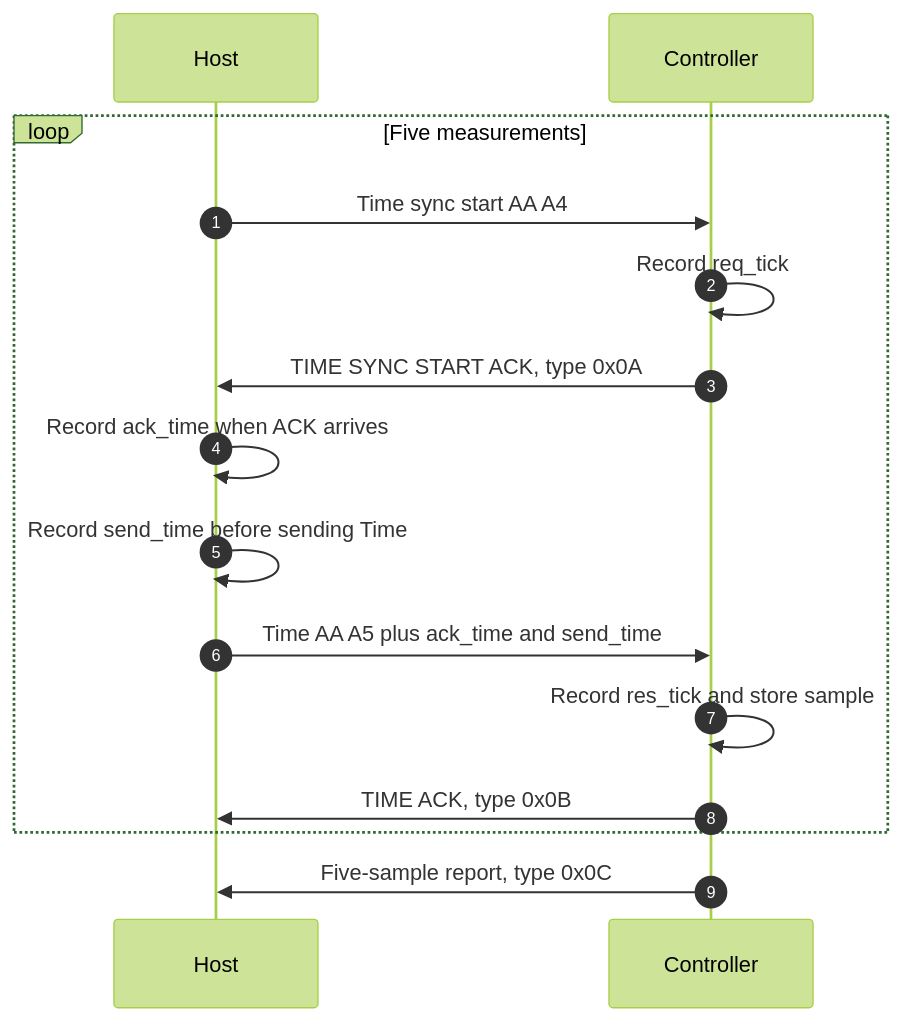
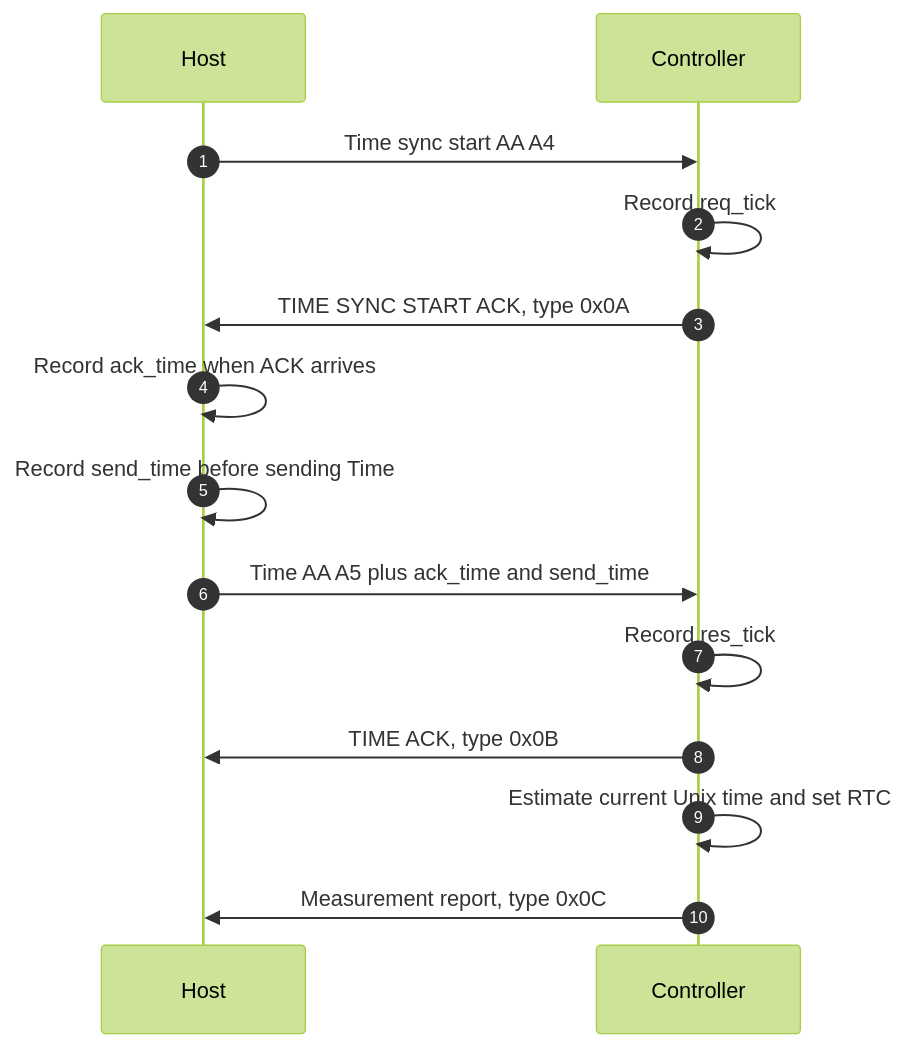
The second of 4 diagrams in docs/frame.md (kei185/sensor-echo), drawn with Mermaid (forest theme) before and after one commit. The commit also changed other lines of this file and 5 other files, not shown here.

Commit message:
[codex] feat: set RTC from NTP-style exchange

````diff
--- a/docs/frame.md
+++ b/docs/frame.md
@@ -71,18 +74,17 @@
 ```mermaid
 sequenceDiagram
     autonumber
     participant Host
     participant Controller
 
-    loop Five measurements
-        Host->>Controller: Time sync start AA A4
-        Controller->>Controller: Record req_tick
-        Controller->>Host: TIME SYNC START ACK, type 0x0A
-        Host->>Host: Record ack_time when ACK arrives
-        Host->>Host: Record send_time before sending Time
-        Host->>Controller: Time AA A5 plus ack_time and send_time
-        Controller->>Controller: Record res_tick and store sample
-        Controller->>Host: TIME ACK, type 0x0B
-    end
-    Controller->>Host: Five-sample report, type 0x0C
+    Host->>Controller: Time sync start AA A4
+    Controller->>Controller: Record req_tick
+    Controller->>Host: TIME SYNC START ACK, type 0x0A
+    Host->>Host: Record ack_time when ACK arrives
+    Host->>Host: Record send_time before sending Time
+    Host->>Controller: Time AA A5 plus ack_time and send_time
+    Controller->>Controller: Record res_tick
+    Controller->>Host: TIME ACK, type 0x0B
+    Controller->>Controller: Estimate current Unix time and set RTC
+    Controller->>Host: Measurement report, type 0x0C
 ```
````
